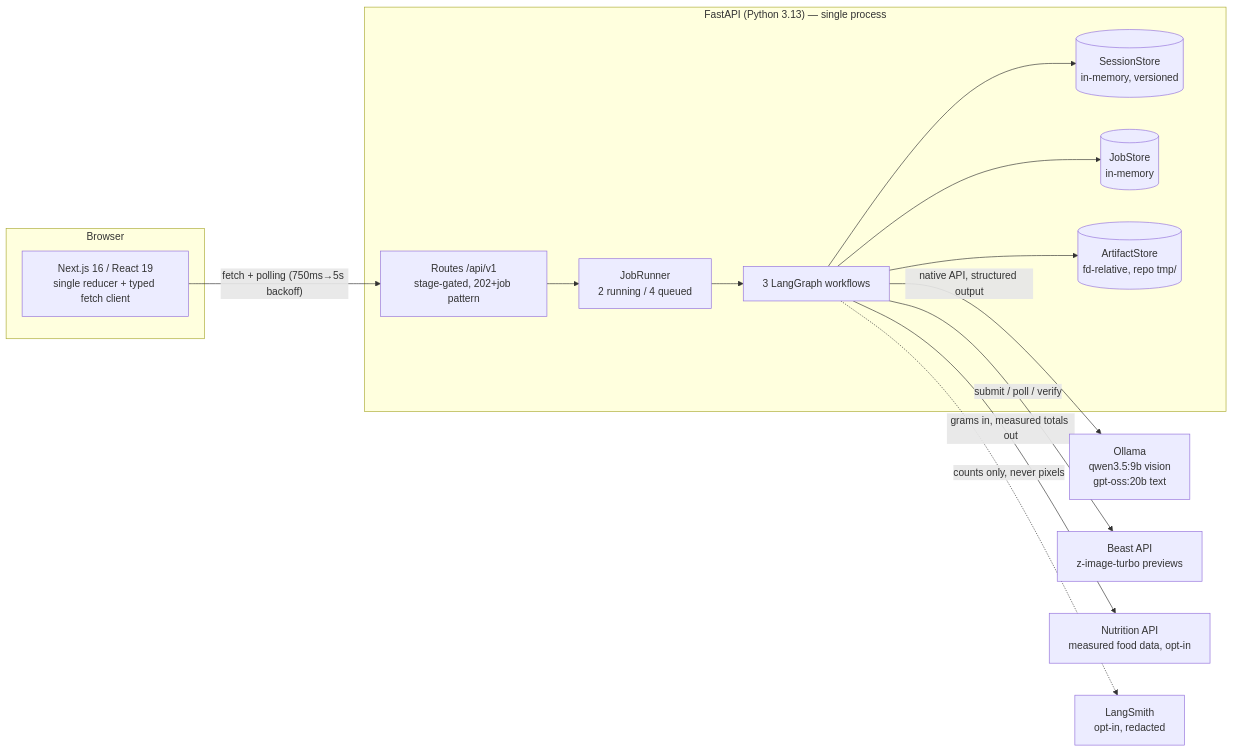
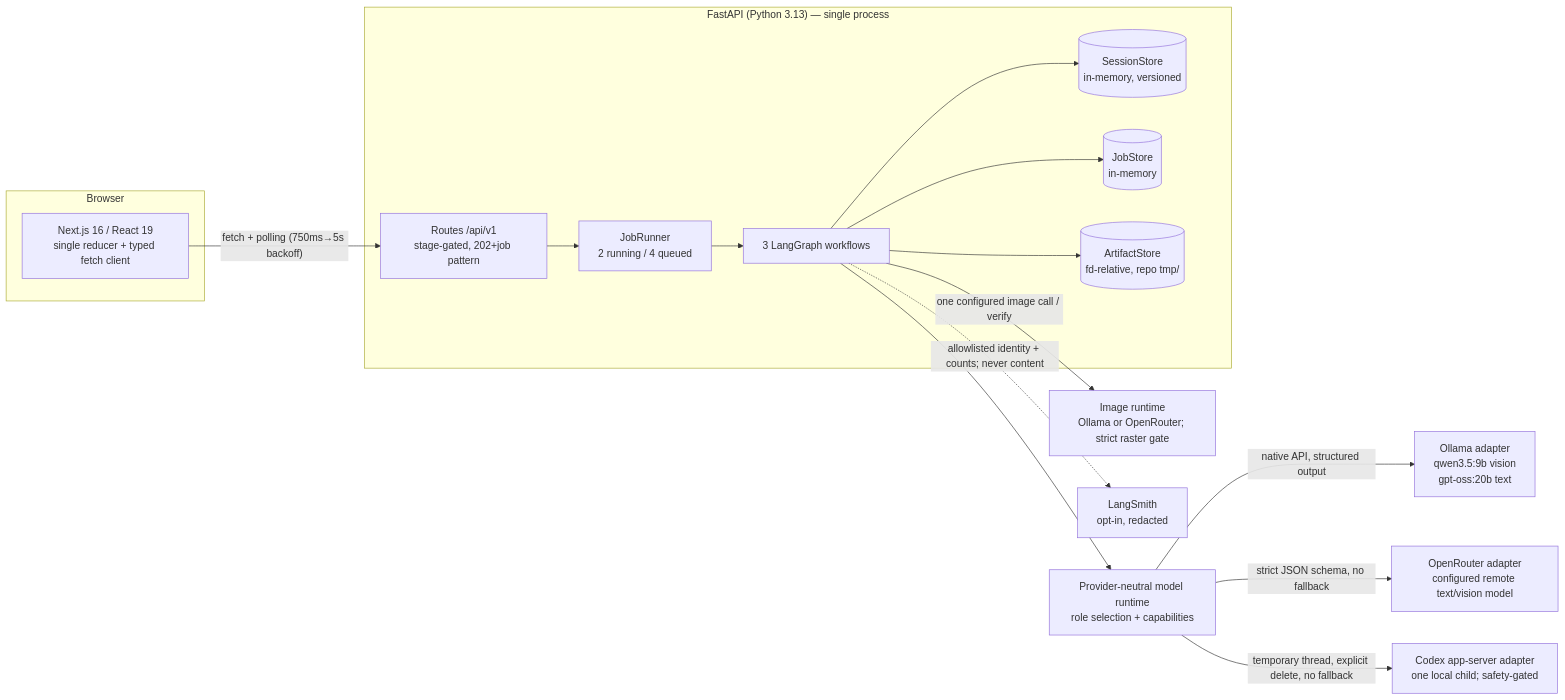
The first of 3 diagrams in docs/architecture-doc.md (samarthmn/cook-mantra), drawn with Mermaid before and after one commit. The commit also changed other lines of this file and 164 other files, not shown here.

Commit message:
feat: release local-only open-source Cook Mantra

````diff
--- a/docs/architecture-doc.md
+++ b/docs/architecture-doc.md
@@ -20,26 +19,29 @@
 ```mermaid
 flowchart LR
     subgraph Browser
         UI[Next.js 16 / React 19<br/>single reducer + typed fetch client]
     end
     subgraph API["FastAPI (Python 3.13) — single process"]
         R[Routes /api/v1<br/>stage-gated, 202+job pattern]
         J[JobRunner<br/>2 running / 4 queued]
         G[3 LangGraph workflows]
         S[(SessionStore<br/>in-memory, versioned)]
         JS[(JobStore<br/>in-memory)]
         A[(ArtifactStore<br/>fd-relative, repo tmp/)]
     end
-    O[Ollama<br/>qwen3.5:9b vision<br/>gpt-oss:20b text]
-    B[Beast API<br/>z-image-turbo previews]
-    N[Nutrition API<br/>measured food data, opt-in]
+    M[Provider-neutral model runtime<br/>role selection + capabilities]
+    O[Ollama adapter<br/>qwen3.5:9b vision<br/>gpt-oss:20b text]
+    OR[OpenRouter adapter<br/>configured remote text/vision model]
+    C[Codex app-server adapter<br/>one local child; safety-gated]
+    I[Image runtime<br/>Ollama or OpenRouter; strict raster gate]
     LS[LangSmith<br/>opt-in, redacted]
 
     UI -- "fetch + polling (750ms→5s backoff)" --> R
     R --> J --> G
-    G -- "native API, structured output" --> O
-    G -- "submit / poll / verify" --> B
-    G -- "grams in, measured totals out" --> N
+    G --> M -- "native API, structured output" --> O
+    M -- "strict JSON schema, no fallback" --> OR
+    M -- "temporary thread, explicit delete, no fallback" --> C
+    G -- "one configured image call / verify" --> I
     G --> S & JS & A
-    G -. "counts only, never pixels" .-> LS
+    G -. "allowlisted identity + counts; never content" .-> LS
 ```
````
